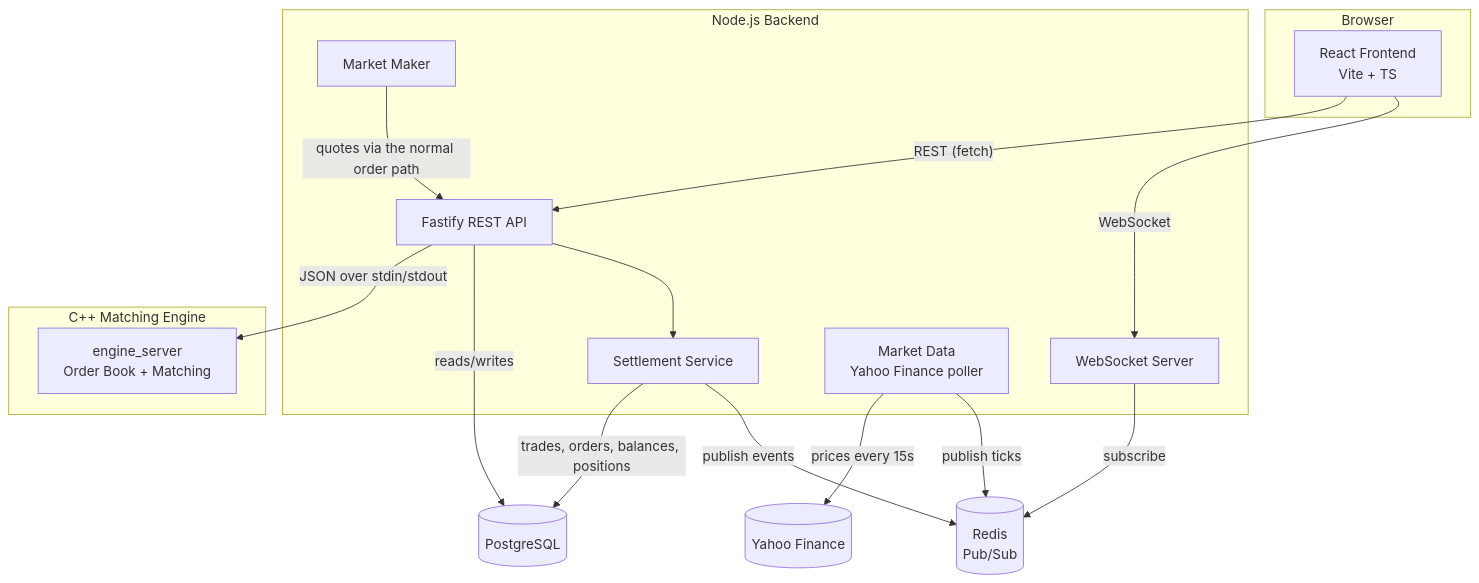
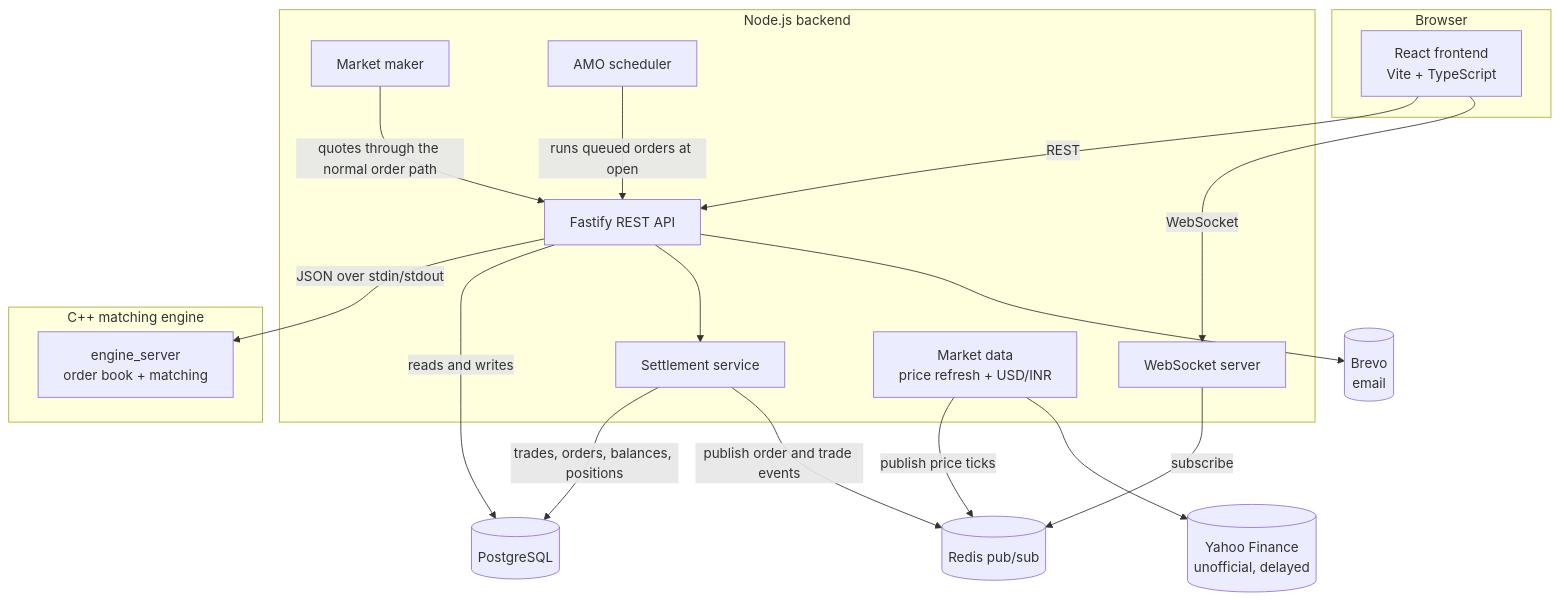
One commit to Prajwalwho/TradeCore changed the diagram in README.md. Above: the diagram before and after it, drawn with Mermaid. The commit also changed other lines of this file, not shown here.

````diff
--- a/README.md
+++ b/README.md
@@ -25,34 +30,38 @@
-```mermaid
+~~~mermaid
 graph TD
     subgraph Browser
-        FE[React Frontend<br/>Vite + TS]
+        FE[React frontend<br/>Vite + TypeScript]
     end
- 
-    subgraph "Node.js Backend"
+
+    subgraph "Node.js backend"
         API[Fastify REST API]
-        WS[WebSocket Server]
-        SETTLE[Settlement Service]
-        MD[Market Data<br/>Yahoo Finance poller]
-        MM[Market Maker]
+        WS[WebSocket server]
+        SETTLE[Settlement service]
+        MD[Market data<br/>price refresh + USD/INR]
+        MM[Market maker]
+        AMO[AMO scheduler]
     end
- 
-    subgraph "C++ Matching Engine"
-        ENGINE[engine_server<br/>Order Book + Matching]
+
+    subgraph "C++ matching engine"
+        ENGINE[engine_server<br/>order book + matching]
     end
- 
+
     PG[(PostgreSQL)]
-    REDIS[(Redis<br/>Pub/Sub)]
-    YAHOO[(Yahoo Finance)]
- 
-    FE -- "REST (fetch)" --> API
+    REDIS[(Redis pub/sub)]
+    YAHOO[(Yahoo Finance<br/>unofficial, delayed)]
+    BREVO[(Brevo<br/>email)]
+
+    FE -- "REST" --> API
     FE -- "WebSocket" --> WS
     API -- "JSON over stdin/stdout" --> ENGINE
-    API -- reads/writes --> PG
+    API -- "reads and writes" --> PG
+    API --> SETTLE
     SETTLE -- "trades, orders, balances, positions" --> PG
-    SETTLE -- "publish events" --> REDIS
-    MD -- "prices every 15s" --> YAHOO
-    MD -- "publish ticks" --> REDIS
-    MM -- "quotes via the normal order path" --> API
+    SETTLE -- "publish order and trade events" --> REDIS
+    MD -- "publish price ticks" --> REDIS
     WS -- "subscribe" --> REDIS
-    API --> SETTLE
-```
+    MD --> YAHOO
+    MM -- "quotes through the normal order path" --> API
+    AMO -- "runs queued orders at open" --> API
+    API --> BREVO
+~~~
````
